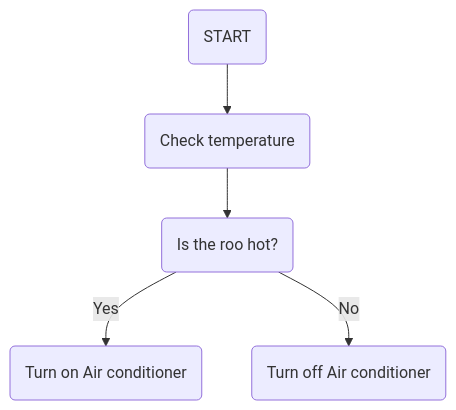
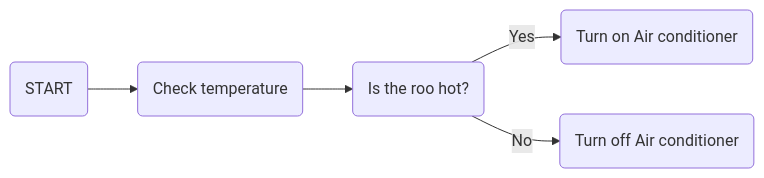
The first of 3 diagrams in readme.md (aramlee12/engdocu), drawn with Mermaid before and after one commit. The commit also changed other lines of this file and 3 other files, not shown here.

````diff
--- a/readme.md
+++ b/readme.md
@@ -3,7 +5,7 @@
 ```mermaid
-graph TD;
+graph LR;
 A(START) --> B(Check temperature);
 B-->C(Is the roo hot?)
 C-->|Yes|D(Turn on Air conditioner)
 C-->|No|E(Turn off Air conditioner)
 ```
````
